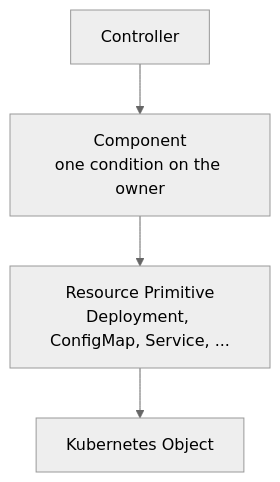
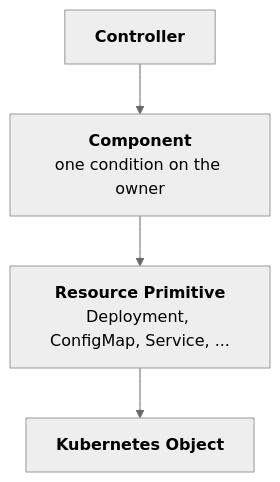
One commit to sourcehawk/operator-component-framework changed the first of 3 diagrams in docs/component.md. Above: the diagram before and after it, drawn with Mermaid (neutral theme).

Commit message:
docs: bold each node headline in the component architecture diagram

````diff
--- a/docs/component.md
+++ b/docs/component.md
@@ -10,9 +10,9 @@
 ```mermaid
 flowchart TD
-    Controller["Controller"]
-    Component["Component<br/>one condition on the owner"]
-    Primitive["Resource Primitive<br/>Deployment, ConfigMap, Service, ..."]
-    Object["Kubernetes Object"]
+    Controller["<b>Controller</b>"]
+    Component["<b>Component</b><br/>one condition on the owner"]
+    Primitive["<b>Resource Primitive</b><br/>Deployment, ConfigMap, Service, ..."]
+    Object["<b>Kubernetes Object</b>"]
 
     Controller --> Component --> Primitive --> Object
 ```
````
